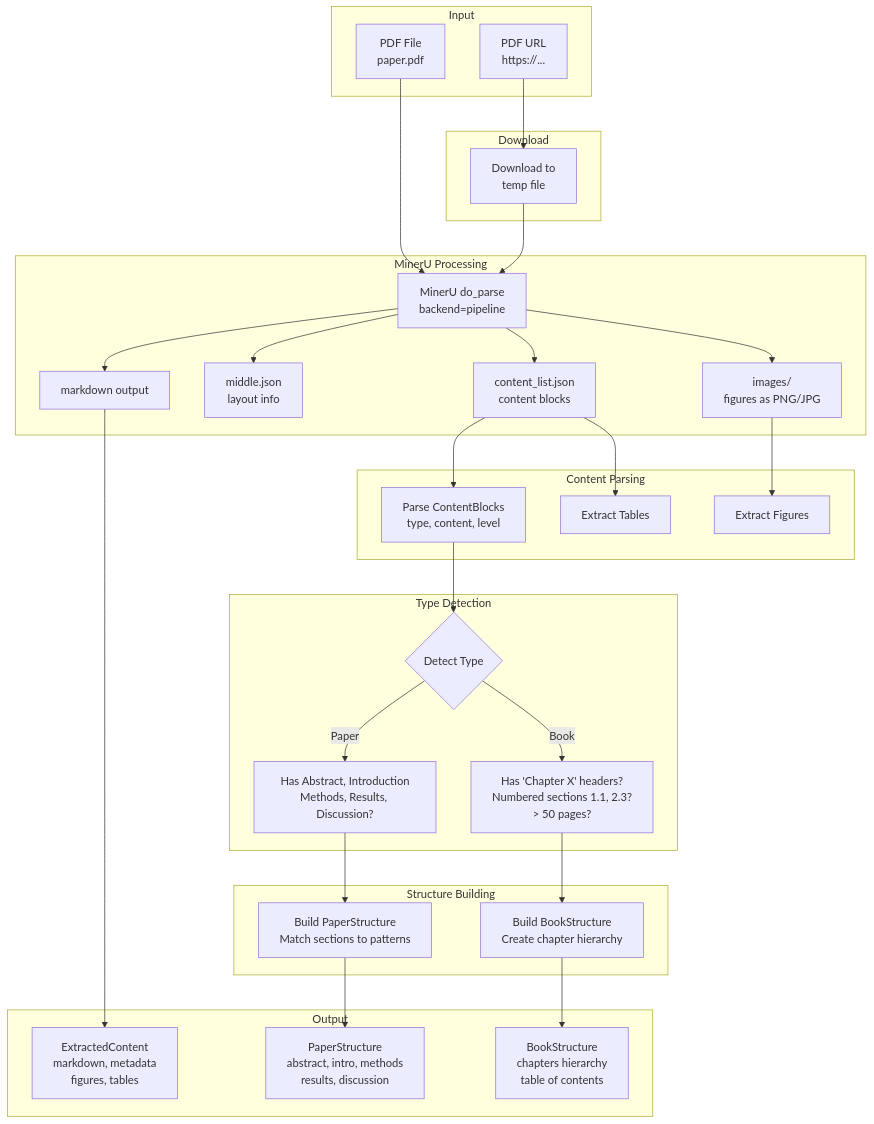
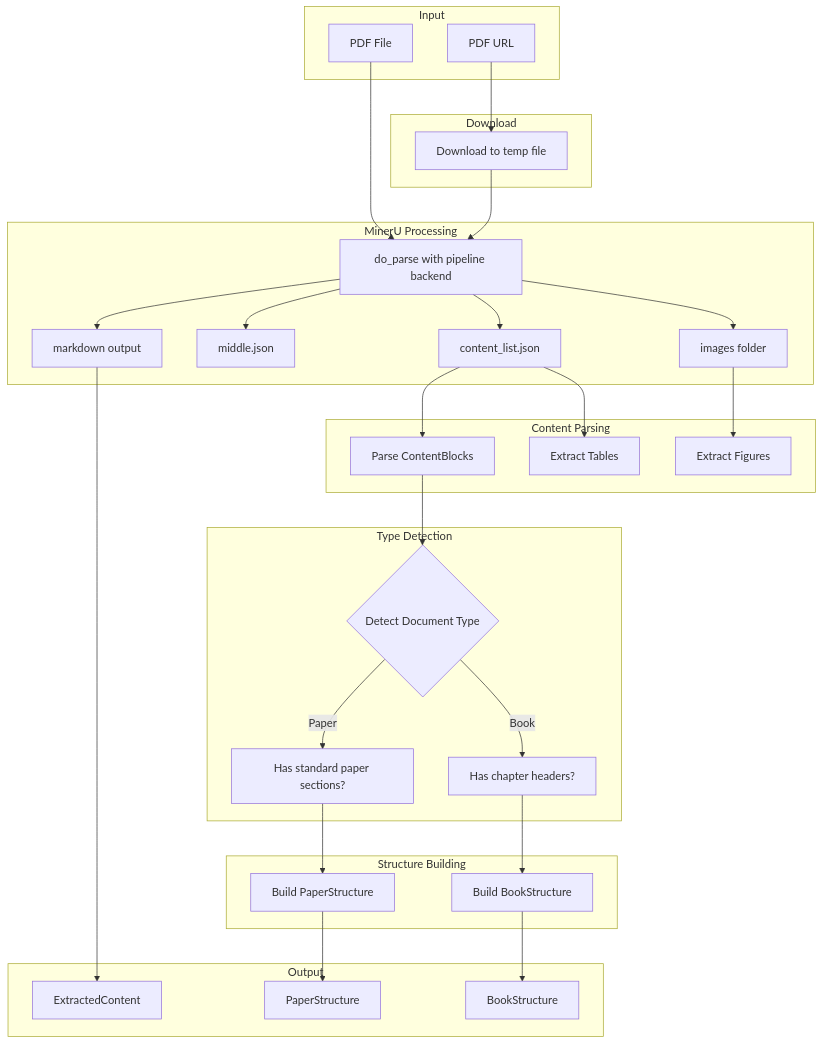
One commit to SteadfastAsArt/paper-ladder changed the fifth of 15 diagrams in docs/ARCHITECTURE.md. Above: the diagram before and after it, drawn with Mermaid. The commit also changed other lines of this file, not shown here.

Commit message:
Fix Mermaid syntax for GitHub compatibility

````diff
--- a/docs/ARCHITECTURE.md
+++ b/docs/ARCHITECTURE.md
@@ -305,55 +304,55 @@
 ```mermaid
 flowchart TB
     subgraph Input
-        PDF[PDF File<br/>paper.pdf]
-        URL[PDF URL<br/>https://...]
+        PDF[PDF File]
+        URL[PDF URL]
     end
 
-    subgraph "Download"
-        DL[Download to<br/>temp file]
+    subgraph Download
+        DL[Download to temp file]
     end
 
-    subgraph "MinerU Processing"
-        MINERU[MinerU do_parse<br/>backend=pipeline]
+    subgraph MinerU[MinerU Processing]
+        MINERU[do_parse with pipeline backend]
         MD[markdown output]
-        MJ[middle.json<br/>layout info]
-        CL[content_list.json<br/>content blocks]
-        IMG[images/<br/>figures as PNG/JPG]
+        MJ[middle.json]
+        CL[content_list.json]
+        IMG[images folder]
     end
 
-    subgraph "Content Parsing"
-        CB[Parse ContentBlocks<br/>type, content, level]
+    subgraph Parse[Content Parsing]
+        CB[Parse ContentBlocks]
         FIG[Extract Figures]
         TBL[Extract Tables]
     end
 
-    subgraph "Type Detection"
-        DET{Detect Type}
-        PAPER_CHECK["Has Abstract, Introduction<br/>Methods, Results, Discussion?"]
-        BOOK_CHECK["Has 'Chapter X' headers?<br/>Numbered sections 1.1, 2.3?<br/>> 50 pages?"]
+    subgraph Detect[Type Detection]
+        DET{Detect Document Type}
+        PAPER_CHECK[Has standard paper sections?]
+        BOOK_CHECK[Has chapter headers?]
     end
 
-    subgraph "Structure Building"
-        PS_BUILD[Build PaperStructure<br/>Match sections to patterns]
-        BS_BUILD[Build BookStructure<br/>Create chapter hierarchy]
+    subgraph Build[Structure Building]
+        PS_BUILD[Build PaperStructure]
+        BS_BUILD[Build BookStructure]
     end
 
     subgraph Output
-        EC[ExtractedContent<br/>markdown, metadata<br/>figures, tables]
-        PS[PaperStructure<br/>abstract, intro, methods<br/>results, discussion]
-        BS[BookStructure<br/>chapters hierarchy<br/>table of contents]
+        EC[ExtractedContent]
+        PS[PaperStructure]
+        BS[BookStructure]
     end
 
     PDF --> MINERU
     URL --> DL --> MINERU
     MINERU --> MD & MJ & CL & IMG
     CL --> CB
     IMG --> FIG
     CL --> TBL
     CB --> DET
     DET -->|Paper| PAPER_CHECK --> PS_BUILD
     DET -->|Book| BOOK_CHECK --> BS_BUILD
     MD --> EC
     PS_BUILD --> PS
     BS_BUILD --> BS
 ```
````
